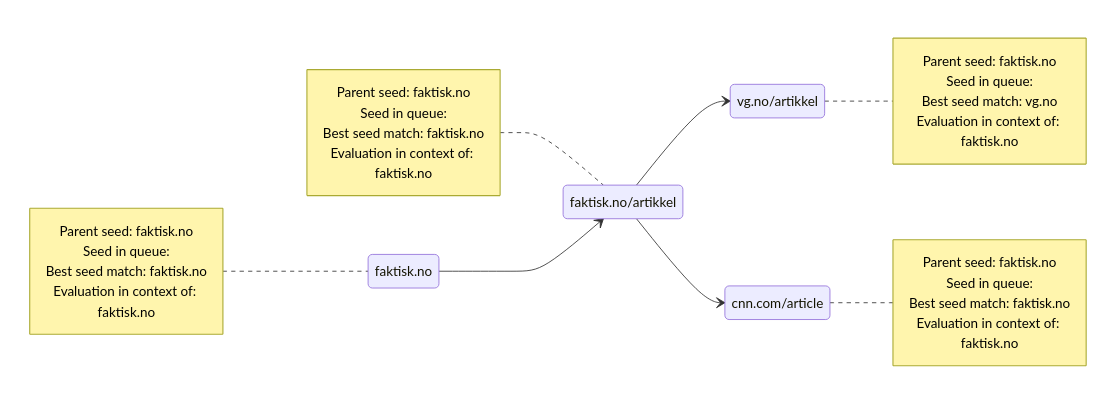
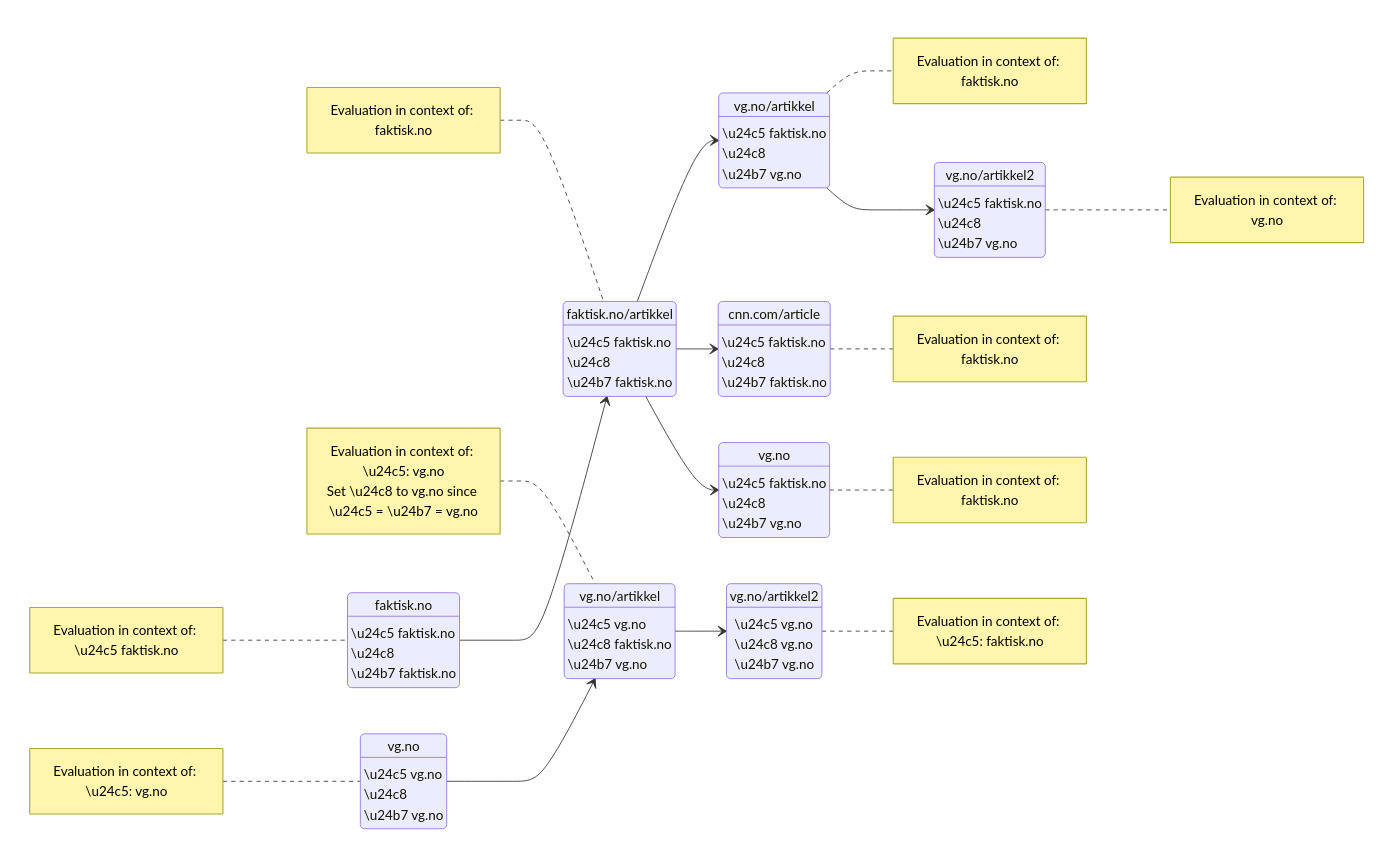
One commit to nlnwa/veidemann-frontier changed the third of 6 diagrams in docs/seed_selection.md. Above: the diagram before and after it, drawn with Mermaid. The commit also changed other lines of this file, not shown here.

````diff
--- a/docs/seed_selection.md
+++ b/docs/seed_selection.md
@@ -42,40 +68,86 @@
 ```mermaid
 stateDiagram
-    direction LR
+    direction LR 
 
-    e1: faktisk.no
-    note left of e1
-        Parent seed: faktisk.no
-        Seed in queue:
-        Best seed match: faktisk.no
+    e11: faktisk.no
+    e11: \u24c5 faktisk.no
+    e11: \u24c8
+    e11: \u24b7 faktisk.no
+    note left of e11
+        Evaluation in context of: \u24c5 faktisk.no
+    end note
+  
+    e12: faktisk.no/artikkel
+    e12: \u24c5 faktisk.no
+    e12: \u24c8
+    e12: \u24b7 faktisk.no
+    note left of e12
         Evaluation in context of: faktisk.no
     end note
   
-    e2: faktisk.no/artikkel
-    note left of e2
-        Parent seed: faktisk.no
-        Seed in queue:
-        Best seed match: faktisk.no
+    e13: vg.no/artikkel
+    e13: \u24c5 faktisk.no
+    e13: \u24c8
+    e13: \u24b7 vg.no
+    note right of e13
         Evaluation in context of: faktisk.no
     end note
   
-    e3: vg.no/artikkel
-    note right of e3
-        Parent seed: faktisk.no
-        Seed in queue:
-        Best seed match: vg.no
-        Evaluation in context of: faktisk.no
+    e14: vg.no/artikkel2
+    e14: \u24c5 faktisk.no
+    e14: \u24c8
+    e14: \u24b7 vg.no
+    note right of e14
+        Evaluation in context of: vg.no
     end note
-  
-    e4: cnn.com/article
-    note right of e4
-        Parent seed: faktisk.no
-        Seed in queue:
-        Best seed match: faktisk.no
+
+    e15: cnn.com/article
+    e15: \u24c5 faktisk.no
+    e15: \u24c8
+    e15: \u24b7 faktisk.no
+    note right of e15
         Evaluation in context of: faktisk.no
     end note
 
-    e1 --> e2
-    e2 --> e3
-    e2 --> e4
+    e16: vg.no
+    e16: \u24c5 faktisk.no
+    e16: \u24c8
+    e16: \u24b7 vg.no
+    note right of e16
+        Evaluation in context of: faktisk.no
+    end note
+
+    e21: vg.no
+    e21: \u24c5 vg.no
+    e21: \u24c8
+    e21: \u24b7 vg.no
+    note left of e21
+        Evaluation in context of: \u24c5: vg.no
+    end note
+
+    e22: vg.no/artikkel
+    e22: \u24c5 vg.no
+    e22: \u24c8 faktisk.no
+    e22: \u24b7 vg.no
+    note left of e22
+        Evaluation in context of: \u24c5: vg.no
+        Set \u24c8 to vg.no since \u24c5 = \u24b7 = vg.no
+    end note
+
+    e23: vg.no/artikkel2
+    e23: \u24c5 vg.no
+    e23: \u24c8 vg.no
+    e23: \u24b7 vg.no
+    note right of e23
+        Evaluation in context of: \u24c5: faktisk.no
+    end note
+   
+    e11 --> e12
+    e12 --> e13
+    e13 --> e14
+    e12 --> e15
+    e12 --> e16
+    
+    e21 --> e22
+    e22 --> e23
 ```
````
